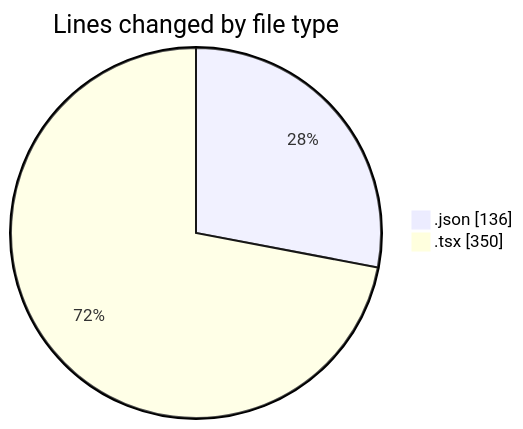
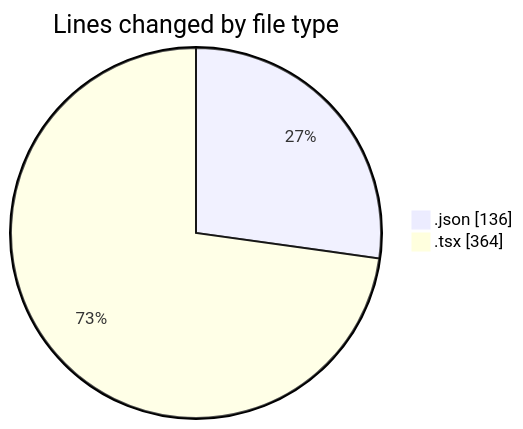
One commit to Elitesun/code-tracking changed the first of 2 diagrams in 2025-05-09/un_laala/README.md. Above: the diagram before and after it, drawn with Mermaid. The commit also changed other lines of this file and 1 other file, not shown here.

````diff
--- a/2025-05-09/un_laala/README.md
+++ b/2025-05-09/un_laala/README.md
@@ -21,6 +21,6 @@
 ```mermaid
 pie showData
 title Lines changed by file type
 ".json" : 136
-".tsx" : 350
+".tsx" : 364
 ```
````
